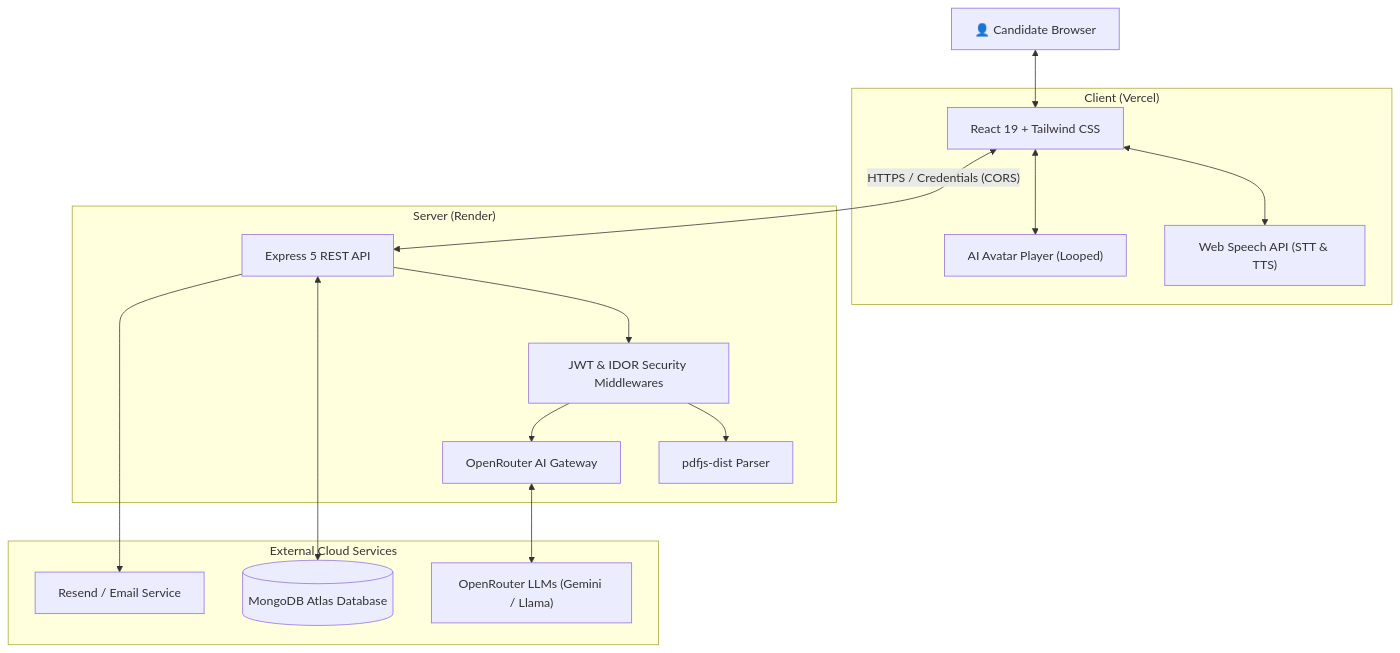
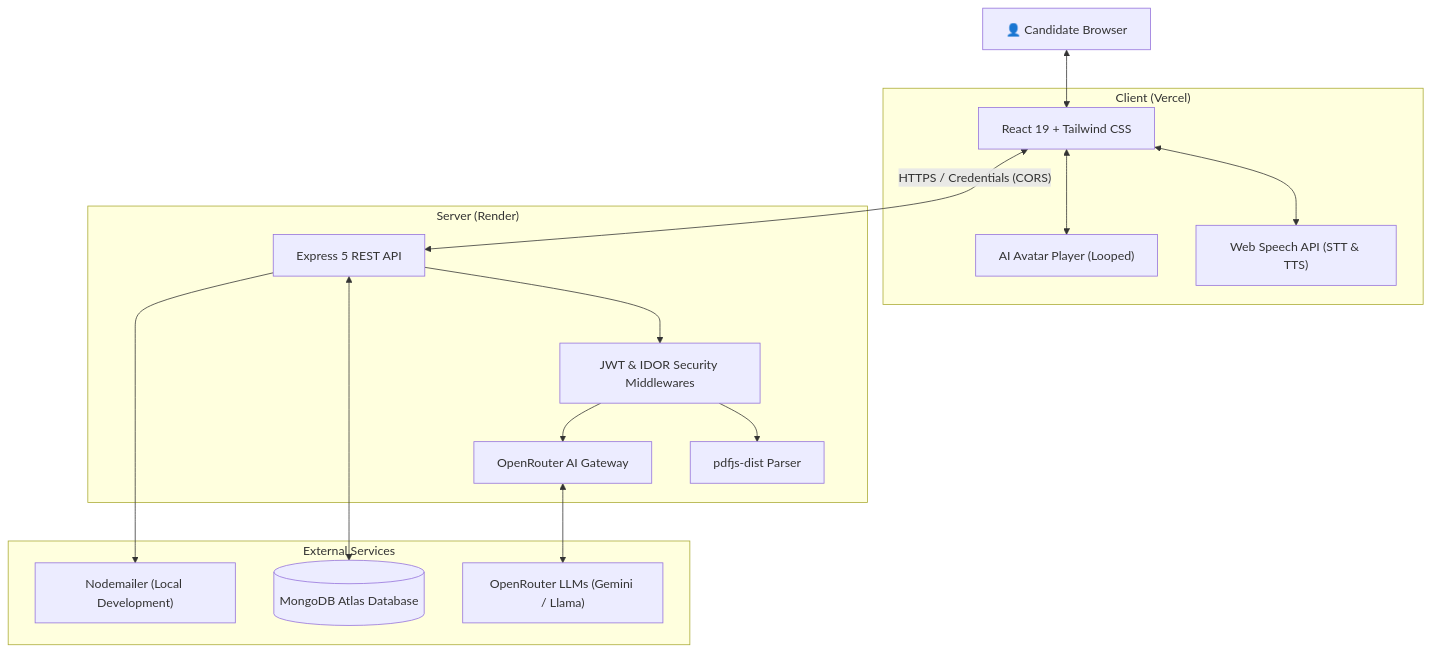
The diagram in README.md (Chandan-24A/AI-Interview-Platform), drawn with Mermaid before and after one commit. The commit also changed other lines of this file and 5 other files, not shown here.

Commit message:
refactor: configure Nodemailer for local dev only and remove Resend

````diff
--- a/README.md
+++ b/README.md
@@ -149,34 +149,34 @@
 ```mermaid
 flowchart TD
     User["👤 Candidate Browser"]
     
     subgraph Frontend ["Client (Vercel)"]
         UI["React 19 + Tailwind CSS"]
         Speech["Web Speech API (STT & TTS)"]
         Avatars["AI Avatar Player (Looped)"]
     end
     
     subgraph Backend ["Server (Render)"]
         API["Express 5 REST API"]
         AuthMid["JWT & IDOR Security Middlewares"]
         PDFParser["pdfjs-dist Parser"]
         OpenRouter["OpenRouter AI Gateway"]
     end
     
-    subgraph ExternalServices ["External Cloud Services"]
+    subgraph ExternalServices ["External Services"]
         MongoDB[("MongoDB Atlas Database")]
         LLM["OpenRouter LLMs (Gemini / Llama)"]
-        Email["Resend / Email Service"]
+        Email["Nodemailer (Local Development)"]
     end
 
     User <--> UI
     UI <--> Speech
     UI <--> Avatars
     UI <-- "HTTPS / Credentials (CORS)" --> API
     API --> AuthMid
     AuthMid --> PDFParser
     AuthMid --> OpenRouter
     API <--> MongoDB
     OpenRouter <--> LLM
     API --> Email
 ```
````
